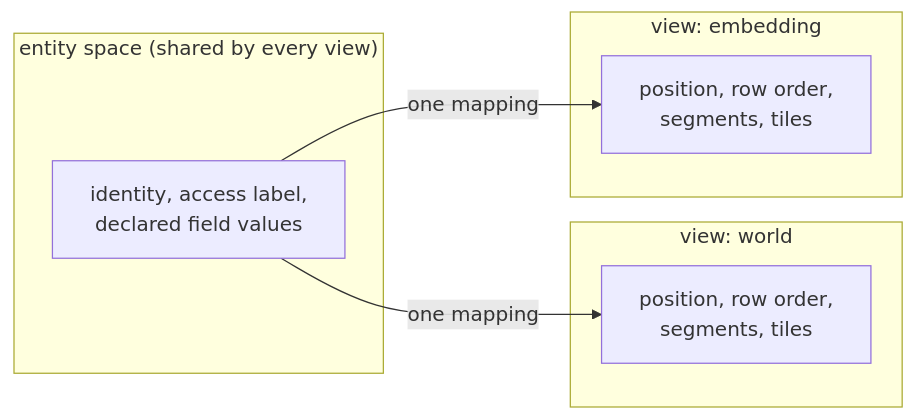
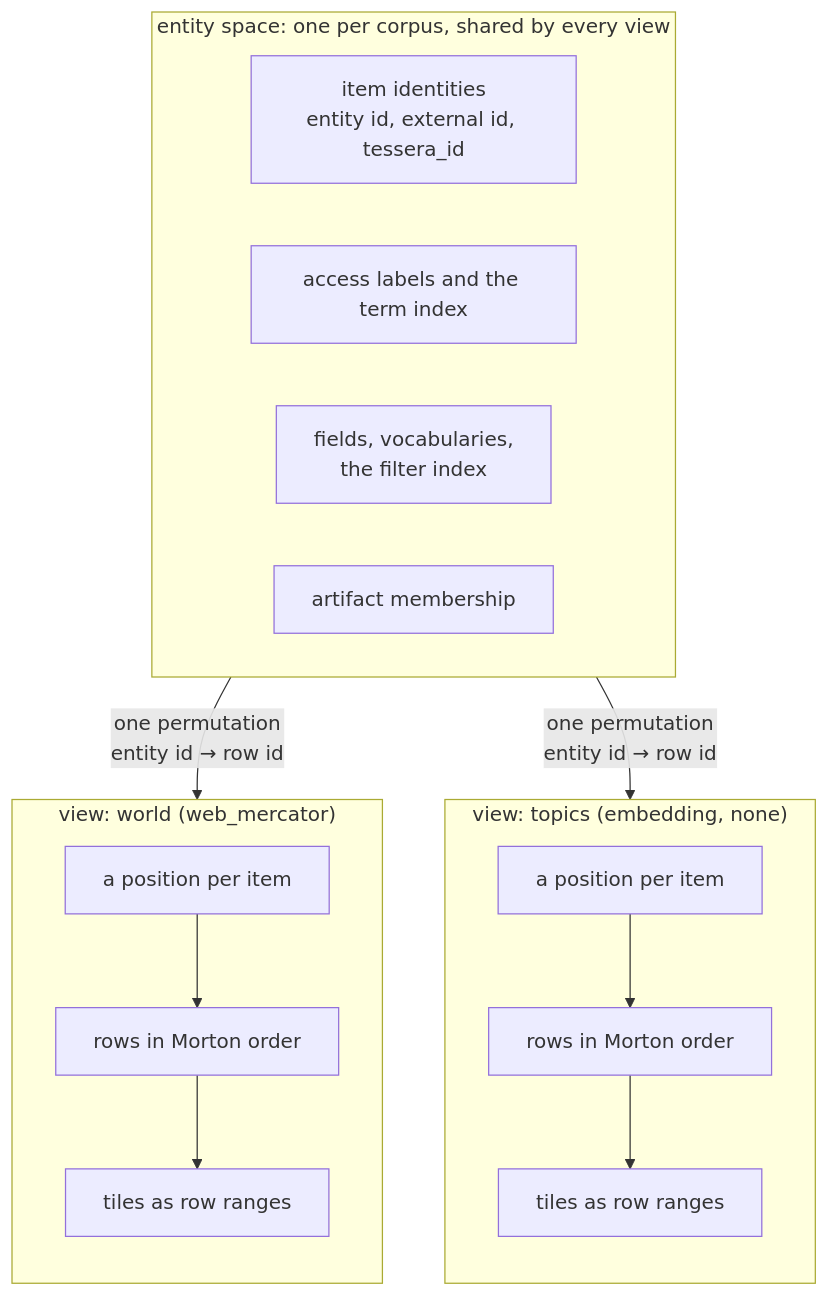
One commit to jennis0/tesseradb changed the first of 2 diagrams in docs/system/data-model.md. Above: the diagram before and after it, drawn with Mermaid. The commit also changed other lines of this file, not shown here.

Commit message:
docs(system): data model: a key rotation changes the tessera_id; codes are scattered; diagrams redrawn

````diff
--- a/docs/system/data-model.md
+++ b/docs/system/data-model.md
@@ -47,14 +46,22 @@
 ```mermaid
-flowchart LR
-  subgraph shared["entity space (shared by every view)"]
-    id["identity, access label,<br/>declared field values"]
+flowchart TB
+  subgraph entity["entity space: one per corpus, shared by every view"]
+    direction LR
+    ids["item identities<br/>entity id, external id, tessera_id"]
+    terms["access labels and the term index"]
+    fields["fields, vocabularies,<br/>the filter index"]
+    members["artifact membership"]
   end
-  subgraph rowA["view: world"]
-    posA["position, row order,<br/>segments, tiles"]
+
+  subgraph v1["view: world (web_mercator)"]
+    direction TB
+    p1["a position per item"] --> m1["rows in Morton order"] --> t1["tiles as row ranges"]
   end
-  subgraph rowB["view: embedding"]
-    posB["position, row order,<br/>segments, tiles"]
+  subgraph v2["view: topics (embedding, none)"]
+    direction TB
+    p2["a position per item"] --> m2["rows in Morton order"] --> t2["tiles as row ranges"]
   end
-  id -- "one mapping" --> posA
-  id -- "one mapping" --> posB
+
+  entity -- "one permutation<br/>entity id → row id" --> v1
+  entity -- "one permutation<br/>entity id → row id" --> v2
 ```
````
